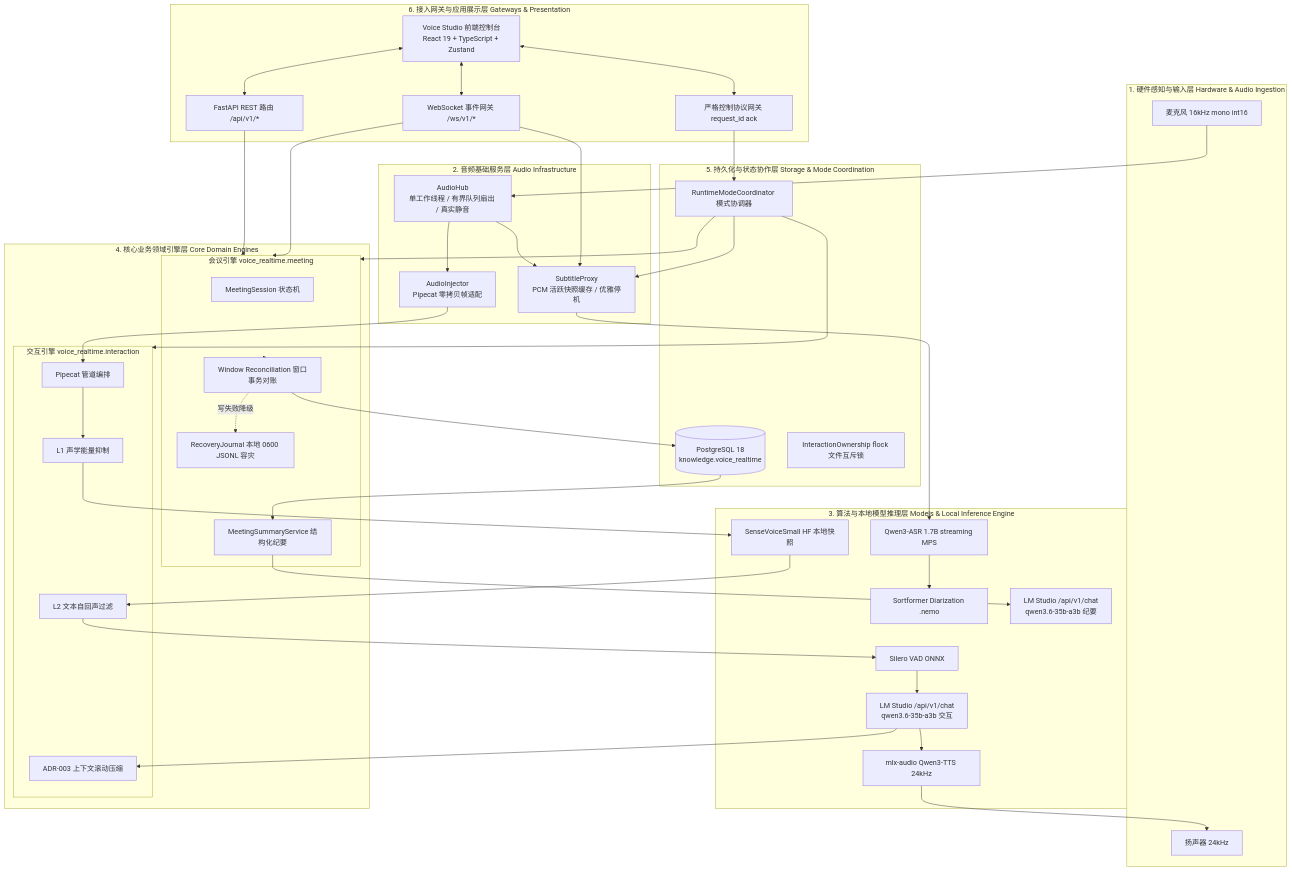
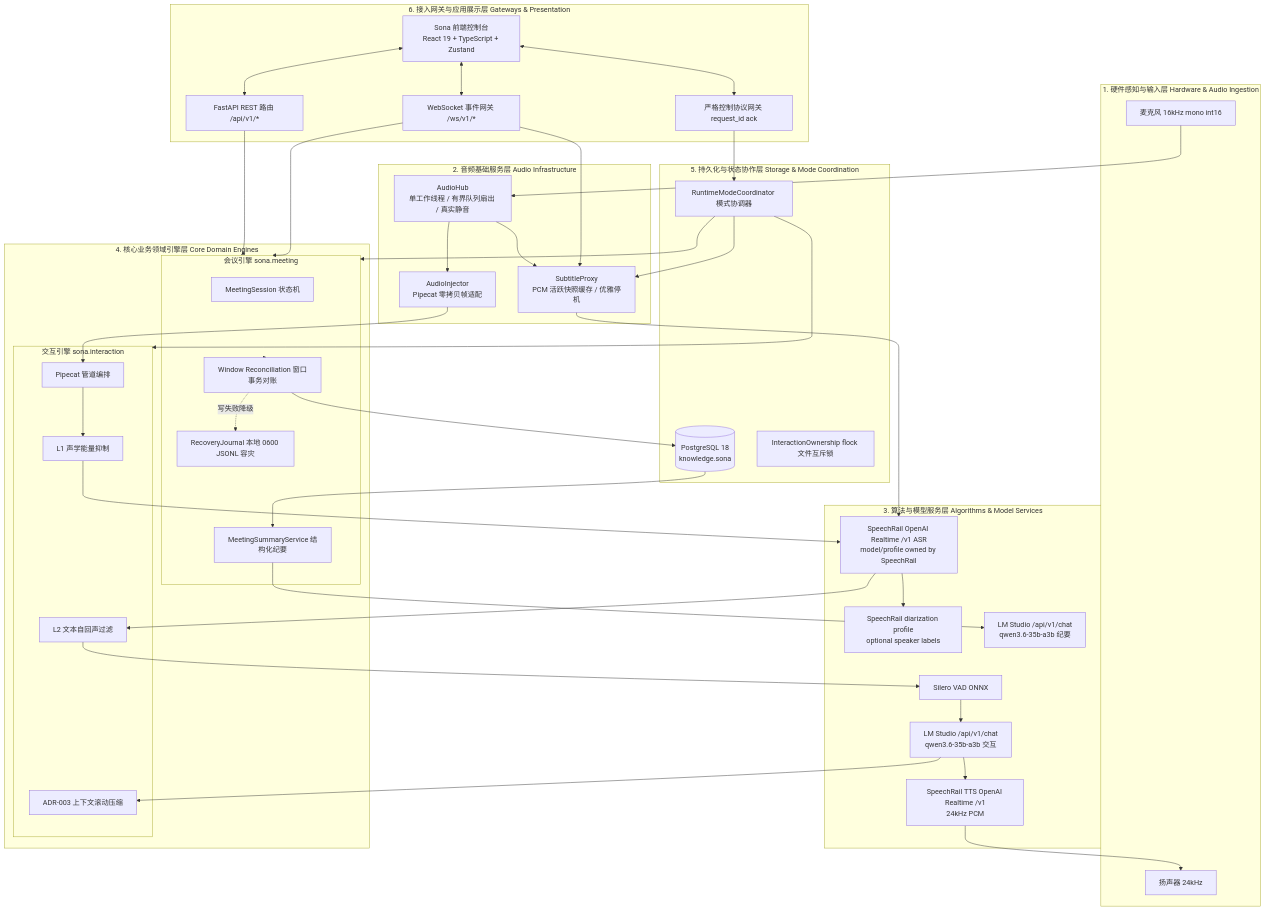
Before and after one commit to hrygo/voice-realtime: the first of 13 diagrams in docs/architecture/系统总体架构与详细设计方案.md, drawn with Mermaid. The commit also changed other lines of this file and 495 other files, not shown here.

First line of the commit message:
Merge pull request #3 from hrygo/refactor/clean-architecture-and-docs

```diff
--- a/docs/architecture/系统总体架构与详细设计方案.md
+++ b/docs/architecture/系统总体架构与详细设计方案.md
@@ -120,24 +128,23 @@
         PROXY[SubtitleProxy<br/>PCM 活跃快照缓存 / 优雅停机]
     end
 
-    subgraph L3[3. 算法与本地模型推理层 Models & Local Inference Engine]
+    subgraph L3[3. 算法与模型服务层 Algorithms & Model Services]
         VAD_M[Silero VAD ONNX]
-        ASR_M1[SenseVoiceSmall HF 本地快照]
-        ASR_M2[Qwen3-ASR 1.7B streaming MPS]
-        DIAR_M[Sortformer Diarization .nemo]
+        ASR_M[SpeechRail OpenAI Realtime /v1 ASR<br/>model/profile owned by SpeechRail]
+        DIAR_M[SpeechRail diarization profile<br/>optional speaker labels]
         LLM_M1[LM Studio /api/v1/chat<br/>qwen3.6-35b-a3b 交互]
         LLM_M2[LM Studio /api/v1/chat<br/>qwen3.6-35b-a3b 纪要]
-        TTS_M[mlx-audio Qwen3-TTS 24kHz]
+        TTS_M[SpeechRail TTS OpenAI Realtime /v1<br/>24kHz PCM]
     end
 
     subgraph L4[4. 核心业务领域引擎层 Core Domain Engines]
-        subgraph INTERACTION_ENG[交互引擎 voice_realtime.interaction]
+        subgraph INTERACTION_ENG[交互引擎 sona.interaction]
             PIPE[Pipecat 管道编排]
             L1_ECHO[L1 声学能量抑制]
             L2_ECHO[L2 文本自回声过滤]
             COMPACT[ADR-003 上下文滚动压缩]
         end
-        subgraph MEETING_ENG[会议引擎 voice_realtime.meeting]
+        subgraph MEETING_ENG[会议引擎 sona.meeting]
             MSESSION[MeetingSession 状态机]
             RECON[Window Reconciliation 窗口事务对账]
             RECOVER[RecoveryJournal 本地 0600 JSONL 容灾]
@@ -147,7 +154,7 @@
 
     subgraph L5[5. 持久化与状态协作层 Storage & Mode Coordination]
         COORD[RuntimeModeCoordinator 模式协调器]
-        PG[(PostgreSQL 18<br/>knowledge.voice_realtime)]
+        PG[(PostgreSQL 18<br/>knowledge.sona)]
         OWNER[InteractionOwnership flock 文件互斥锁]
     end
 
@@ -155,19 +162,19 @@
         REST_API[FastAPI REST 路由 /api/v1/*]
         WS_GATE[WebSocket 事件网关 /ws/v1/*]
         CTRL_GW[严格控制协议网关 request_id ack]
-        UI_APP[Voice Studio 前端控制台<br/>React 19 + TypeScript + Zustand]
+        UI_APP[Sona 前端控制台<br/>React 19 + TypeScript + Zustand]
     end
 
     MIC --> HUB
     HUB --> INJECT
     HUB --> PROXY
     INJECT --> PIPE
-    PROXY --> ASR_M2
-    ASR_M2 --> DIAR_M
+    PROXY --> ASR_M
+    ASR_M --> DIAR_M
     
     PIPE --> L1_ECHO
-    L1_ECHO --> ASR_M1
-    ASR_M1 --> L2_ECHO
+    L1_ECHO --> ASR_M
+    ASR_M --> L2_ECHO
     L2_ECHO --> VAD_M
     VAD_M --> LLM_M1
     LLM_M1 --> COMPACT
```
